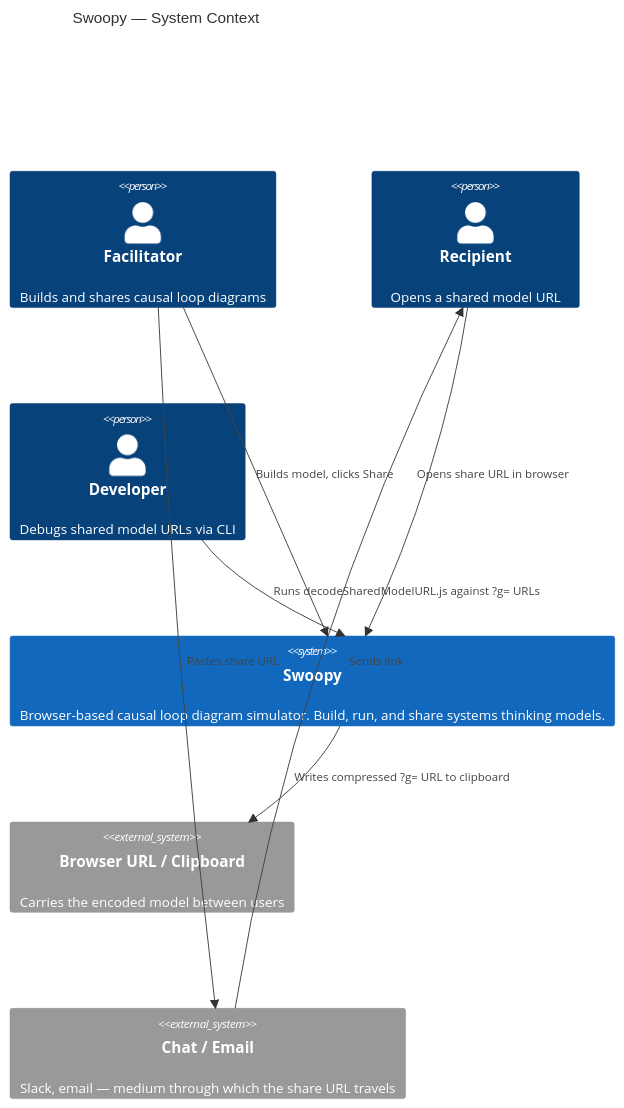
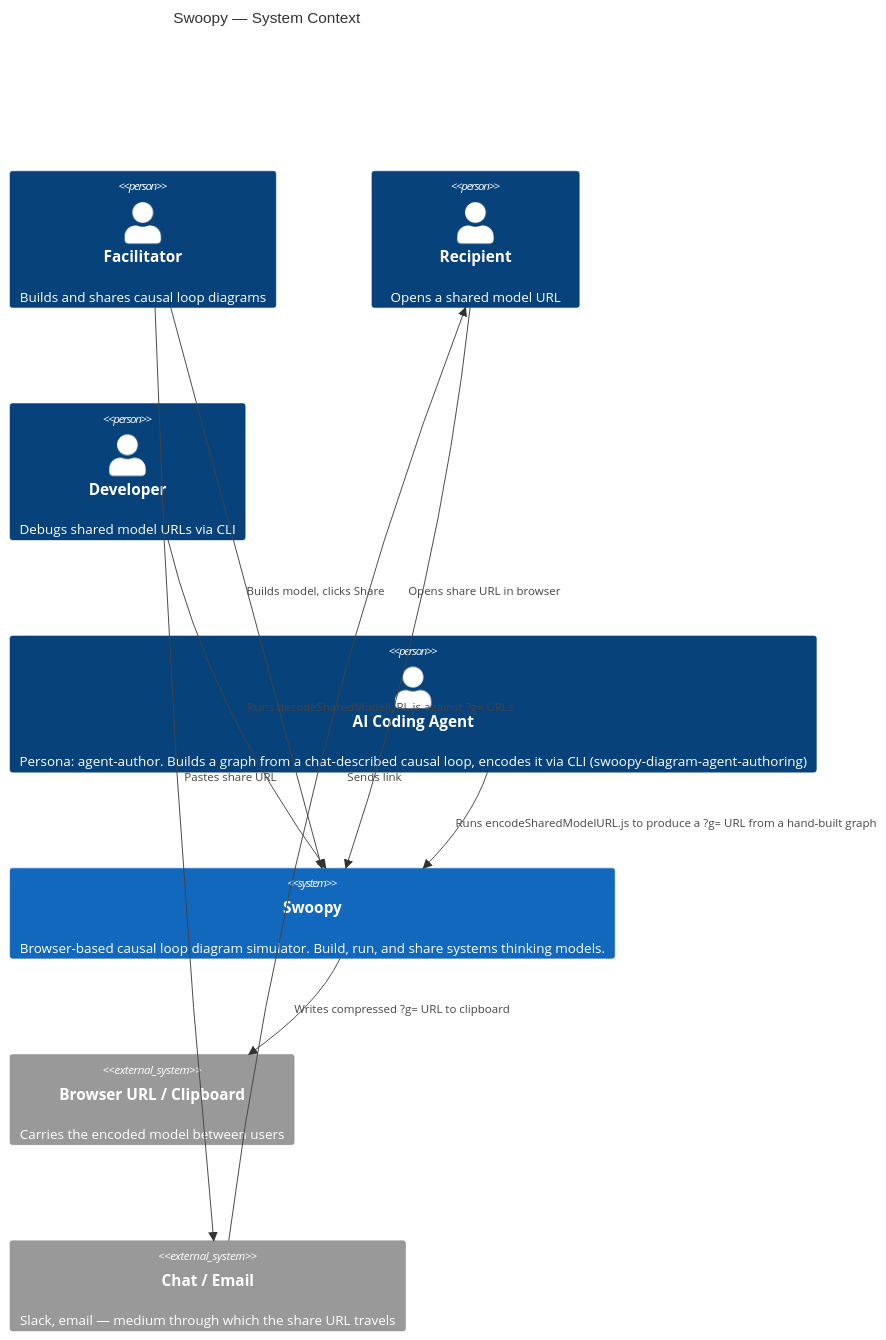
Before and after one commit to danjmfox/swoopy: the first of 3 diagrams in docs/product/architecture/c4-diagrams.md, drawn with Mermaid. The commit also changed other lines of this file and 10 other files, not shown here.

First line of the commit message:
docs(swoopy-diagram-agent-authoring): archive evolution doc and wave artifacts

````diff
--- a/docs/product/architecture/c4-diagrams.md
+++ b/docs/product/architecture/c4-diagrams.md
@@ -9,20 +9,22 @@
 ```mermaid
 C4Context
   title Swoopy — System Context
 
   Person(facilitator, "Facilitator", "Builds and shares causal loop diagrams")
   Person(recipient, "Recipient", "Opens a shared model URL")
   Person(developer, "Developer", "Debugs shared model URLs via CLI")
+  Person(agent, "AI Coding Agent", "Persona: agent-author. Builds a graph from a chat-described causal loop, encodes it via CLI (swoopy-diagram-agent-authoring)")
 
   System(swoopy, "Swoopy", "Browser-based causal loop diagram simulator. Build, run, and share systems thinking models.")
 
   System_Ext(browser_url, "Browser URL / Clipboard", "Carries the encoded model between users")
   System_Ext(chat, "Chat / Email", "Slack, email — medium through which the share URL travels")
 
   Rel(facilitator, swoopy, "Builds model, clicks Share")
   Rel(swoopy, browser_url, "Writes compressed ?g= URL to clipboard")
   Rel(facilitator, chat, "Pastes share URL")
   Rel(chat, recipient, "Sends link")
   Rel(recipient, swoopy, "Opens share URL in browser")
   Rel(developer, swoopy, "Runs decodeSharedModelURL.js against ?g= URLs")
+  Rel(agent, swoopy, "Runs encodeSharedModelURL.js to produce a ?g= URL from a hand-built graph")
 ```
````
